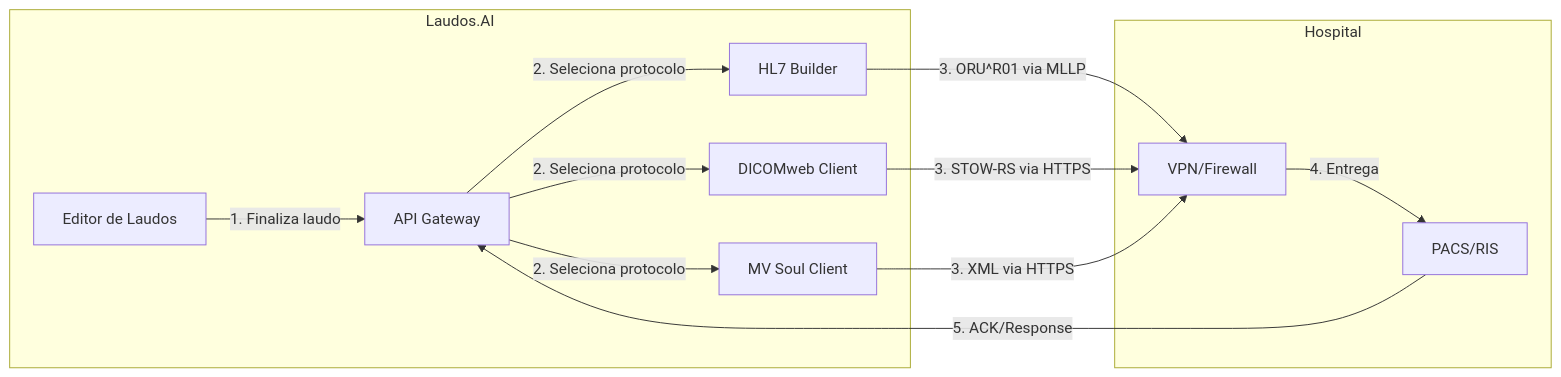
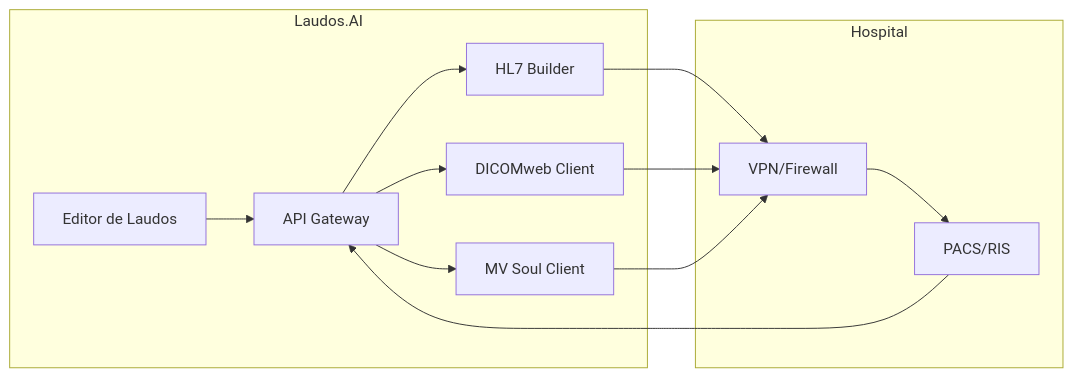
The diagram in developers/index.mdx (Vajbratya/mintlify-docs), drawn with Mermaid before and after one commit.

Commit message:
fix: Remove unsupported edge labels from Mermaid flowchart
The edge labels with special characters were causing "Unsupported markdown: li"
errors in Mintlify. Simplified the diagram by removing labels and fixing the
subgraph ID with a dot in the name.

https://claude.ai/code/session_01YCrqaGj5u1VyGcBkPVQWpA

````diff
--- a/developers/index.mdx
+++ b/developers/index.mdx
@@ -34,27 +34,27 @@
 ```mermaid
 flowchart LR
-    subgraph Laudos.AI
+    subgraph LaudosAI[Laudos.AI]
         Editor[Editor de Laudos]
         API[API Gateway]
         HL7[HL7 Builder]
         DICOM[DICOMweb Client]
         MV[MV Soul Client]
     end
 
     subgraph Hospital
         PACS[PACS/RIS]
         VPN[VPN/Firewall]
     end
 
-    Editor -->|1. Finaliza laudo| API
-    API -->|2. Seleciona protocolo| HL7
-    API -->|2. Seleciona protocolo| DICOM
-    API -->|2. Seleciona protocolo| MV
+    Editor --> API
+    API --> HL7
+    API --> DICOM
+    API --> MV
 
-    HL7 -->|3. ORU^R01 via MLLP| VPN
-    DICOM -->|3. STOW-RS via HTTPS| VPN
-    MV -->|3. XML via HTTPS| VPN
+    HL7 --> VPN
+    DICOM --> VPN
+    MV --> VPN
 
-    VPN -->|4. Entrega| PACS
-    PACS -->|5. ACK/Response| API
+    VPN --> PACS
+    PACS --> API
 ```
````
